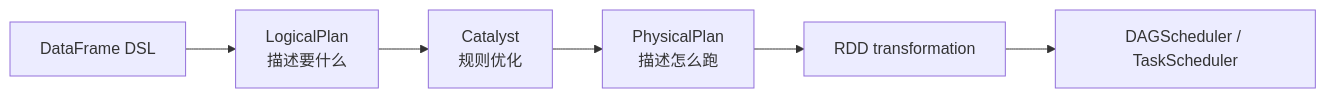
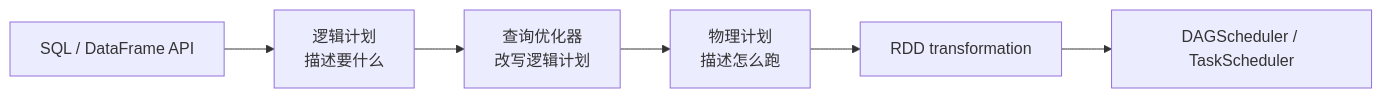
Before and after one commit to rchaocai/mini-spark: the second of 6 diagrams in content/docs/03-part3/ch12-dataframe-future.md, drawn with Mermaid. The commit also changed other lines of this file, not shown here.

````diff
--- a/content/docs/03-part3/ch12-dataframe-future.md
+++ b/content/docs/03-part3/ch12-dataframe-future.md
@@ -75,8 +63,8 @@
 ```mermaid
 flowchart LR
-    DSL[DataFrame DSL] --> Logical[LogicalPlan<br/>描述要什么]
-    Logical --> Optimized[Catalyst<br/>规则优化]
-    Optimized --> Physical[PhysicalPlan<br/>描述怎么跑]
-    Physical --> RDD[RDD transformation]
-    RDD --> Scheduler[DAGScheduler / TaskScheduler]
+    API["SQL / DataFrame API"] --> Logical["逻辑计划<br/>描述要什么"]
+    Logical --> Optimized["查询优化器<br/>改写逻辑计划"]
+    Optimized --> Physical["物理计划<br/>描述怎么跑"]
+    Physical --> RDD["RDD transformation"]
+    RDD --> Scheduler["DAGScheduler / TaskScheduler"]
 ```
````
